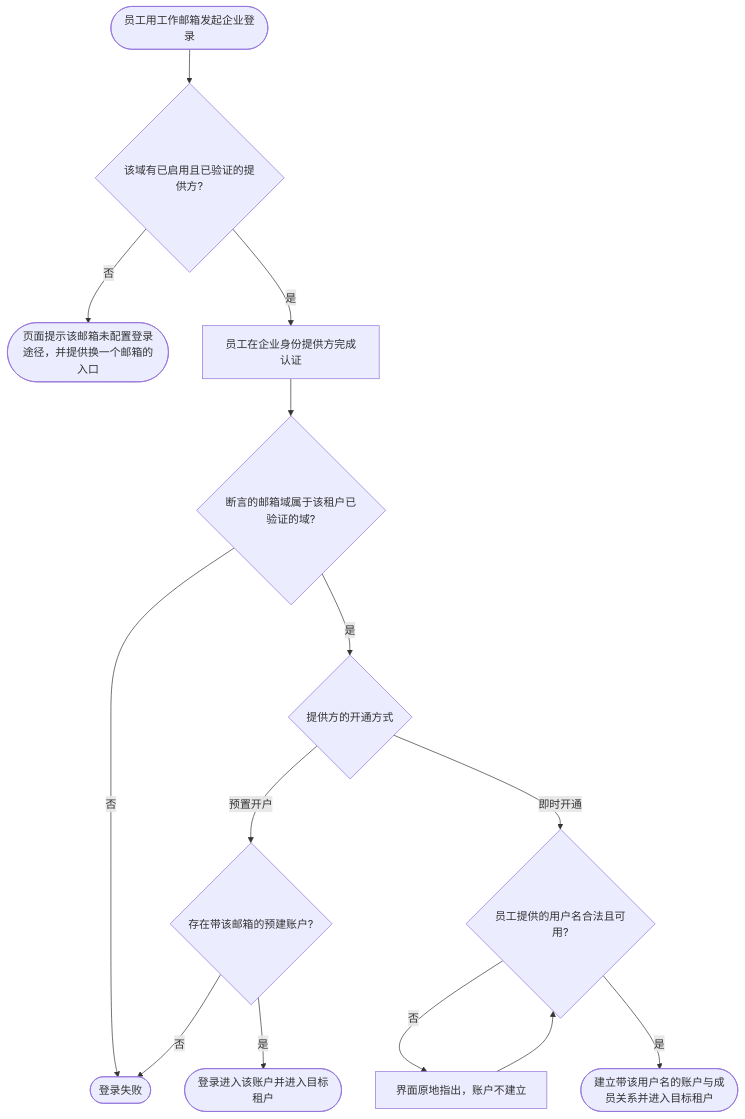
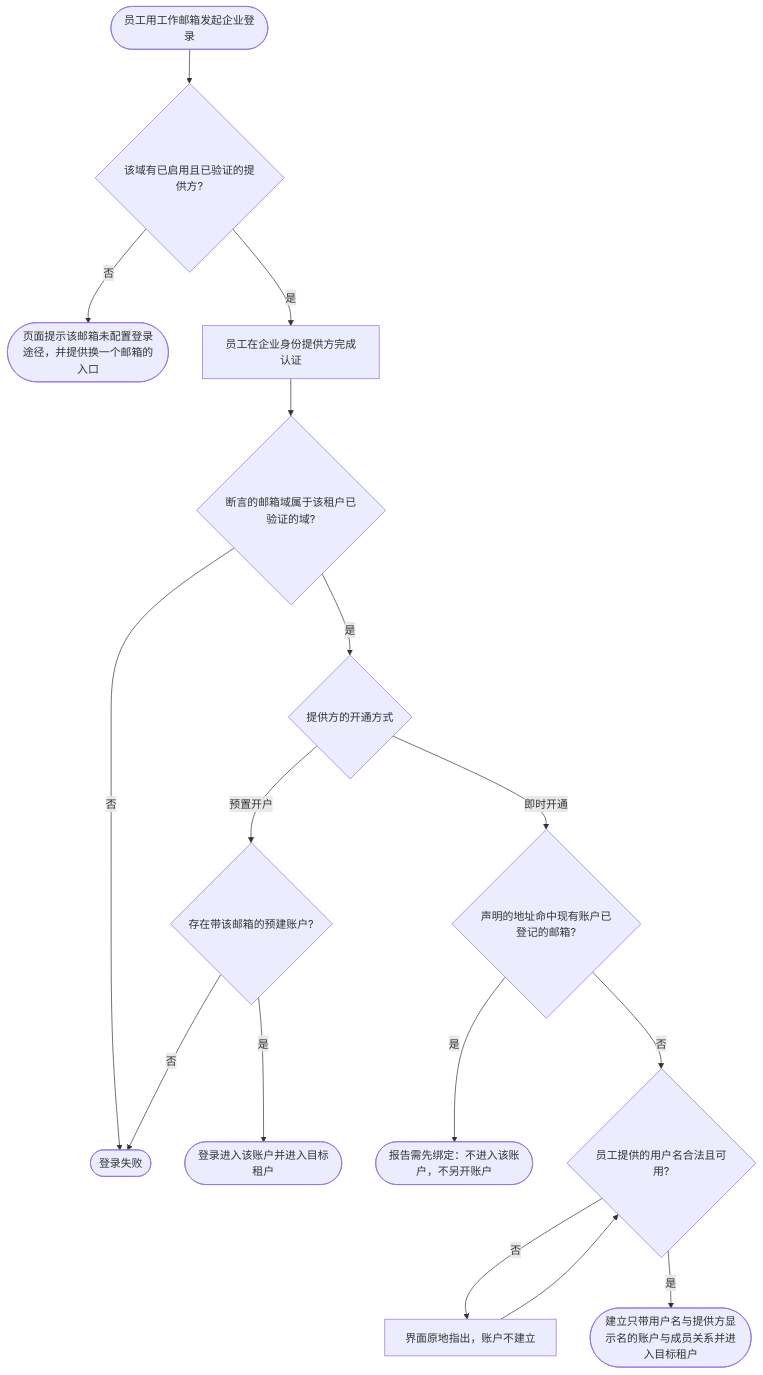
The diagram in docs/prd/journeys/journey-enterprise-sso-onboarding.md (wangzw/speed), drawn with Mermaid before and after one commit. The commit also changed other lines of this file and 50 other files, not shown here.

````diff
--- a/docs/prd/journeys/journey-enterprise-sso-onboarding.md
+++ b/docs/prd/journeys/journey-enterprise-sso-onboarding.md
@@ -38,16 +38,18 @@
 ```mermaid
 flowchart TD
     start([员工用工作邮箱发起企业登录]) --> found{该域有已启用且已验证的提供方?}
     found -->|否| none([页面提示该邮箱未配置登录途径，并提供换一个邮箱的入口])
     found -->|是| idp[员工在企业身份提供方完成认证]
     idp --> domain{断言的邮箱域属于该租户已验证的域?}
     domain -->|否| fail([登录失败])
     domain -->|是| provision{提供方的开通方式}
     provision -->|预置开户| pre{存在带该邮箱的预建账户?}
     pre -->|否| fail
     pre -->|是| ok([登录进入该账户并进入目标租户])
-    provision -->|即时开通| uname{员工提供的用户名合法且可用?}
+    provision -->|即时开通| matched{声明的地址命中现有账户已登记的邮箱?}
+    matched -->|是| link([报告需先绑定：不进入该账户，不另开账户])
+    matched -->|否| uname{员工提供的用户名合法且可用?}
     uname -->|否| unamefail[界面原地指出，账户不建立]
     unamefail --> uname
-    uname -->|是| create([建立带该用户名的账户与成员关系并进入目标租户])
+    uname -->|是| create([建立只带用户名与提供方显示名的账户与成员关系并进入目标租户])
 ```
````
